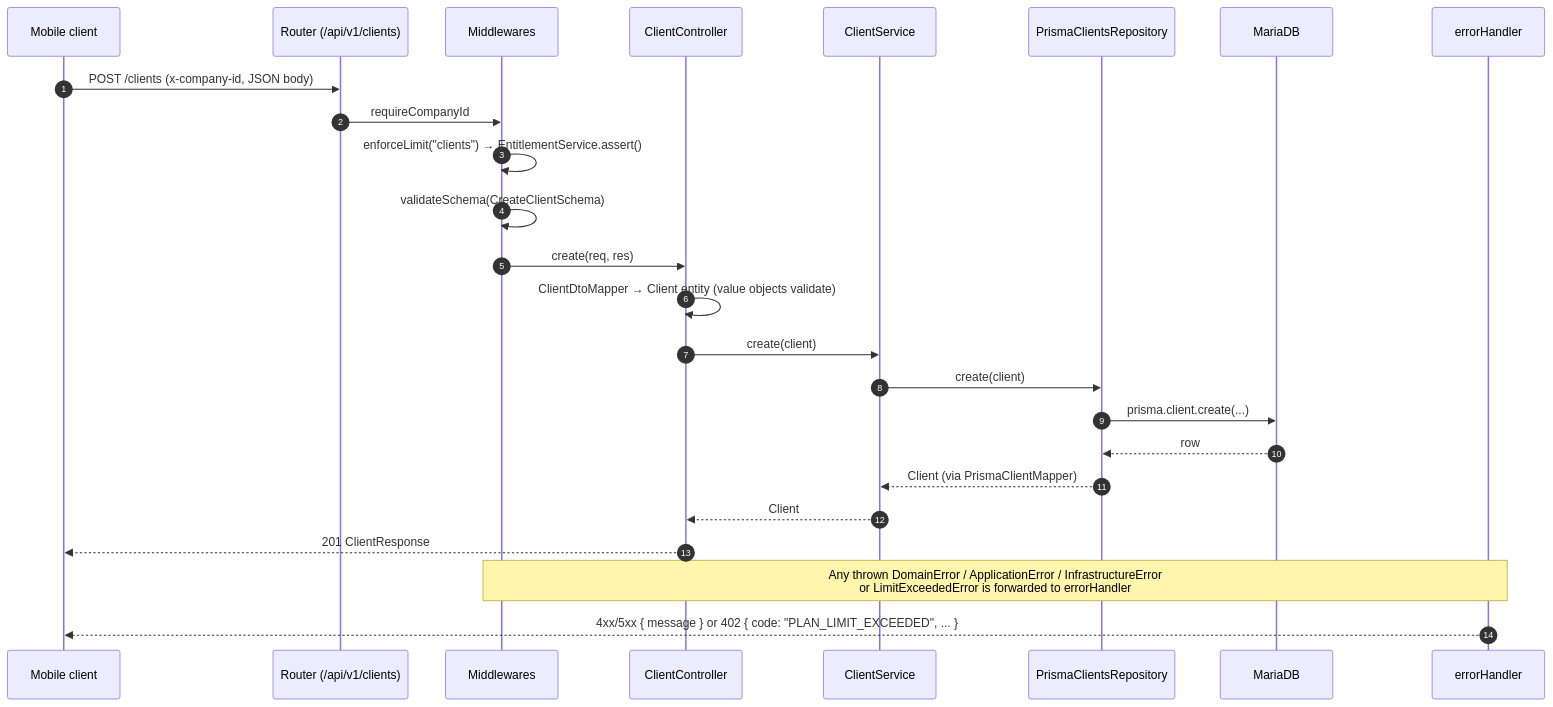
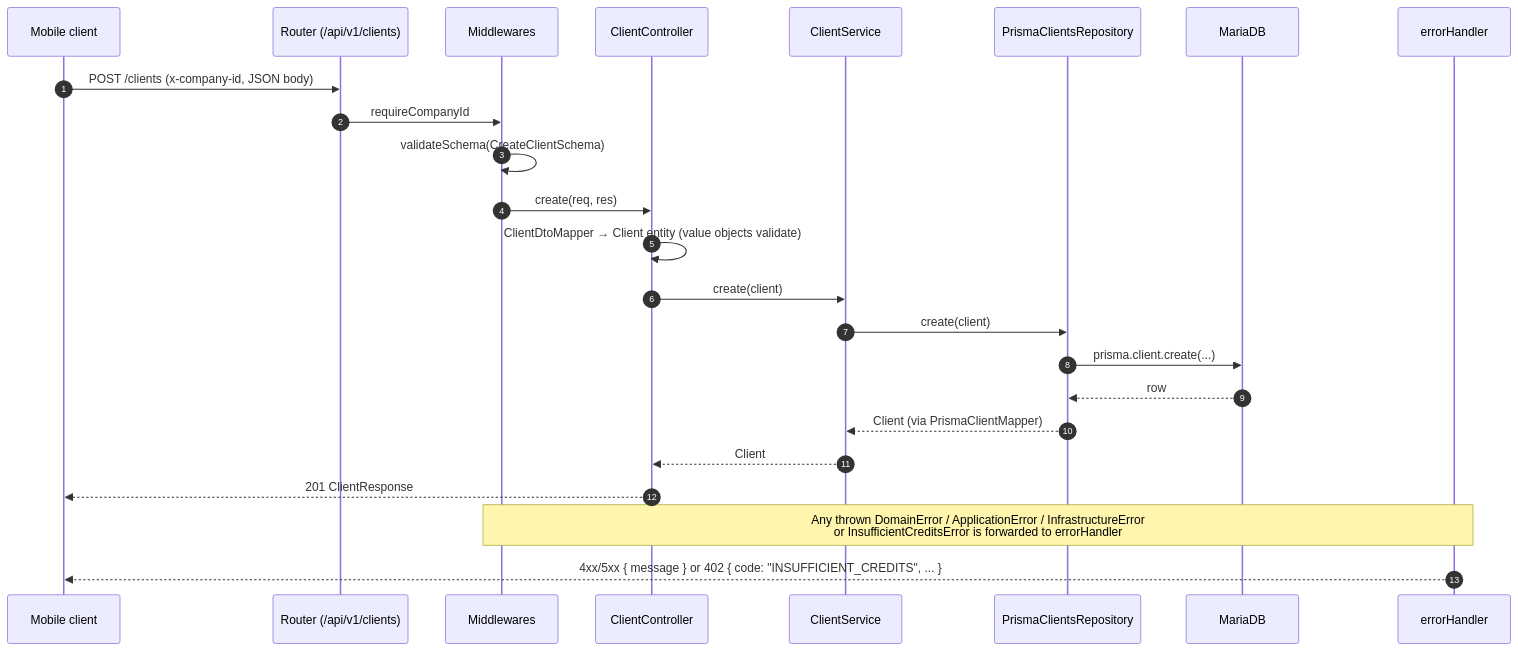
One commit to Santaval/delivo-api changed the second of 3 diagrams in docs/architecture.md. Above: the diagram before and after it, drawn with Mermaid. The commit also changed other lines of this file and 34 other files, not shown here.

First line of the commit message:
refactor(billing): remove subscription and plan-limit code, rewrite billing docs for credits

````diff
--- a/docs/architecture.md
+++ b/docs/architecture.md
@@ -47,28 +47,27 @@
 ```mermaid
 sequenceDiagram
     autonumber
     participant C as Mobile client
     participant R as Router (/api/v1/clients)
     participant MW as Middlewares
     participant CT as ClientController
     participant S as ClientService
     participant RP as PrismaClientsRepository
     participant DB as MariaDB
     participant EH as errorHandler
 
     C->>R: POST /clients  (x-company-id, JSON body)
     R->>MW: requireCompanyId
-    MW->>MW: enforceLimit("clients")  → EntitlementService.assert()
     MW->>MW: validateSchema(CreateClientSchema)
     MW->>CT: create(req, res)
     CT->>CT: ClientDtoMapper → Client entity (value objects validate)
     CT->>S: create(client)
     S->>RP: create(client)
     RP->>DB: prisma.client.create(...)
     DB-->>RP: row
     RP-->>S: Client (via PrismaClientMapper)
     S-->>CT: Client
     CT-->>C: 201 ClientResponse
-    Note over MW,EH: Any thrown DomainError / ApplicationError / InfrastructureError<br/>or LimitExceededError is forwarded to errorHandler
-    EH-->>C: 4xx/5xx { message }  or  402 { code: "PLAN_LIMIT_EXCEEDED", ... }
+    Note over MW,EH: Any thrown DomainError / ApplicationError / InfrastructureError<br/>or InsufficientCreditsError is forwarded to errorHandler
+    EH-->>C: 4xx/5xx { message }  or  402 { code: "INSUFFICIENT_CREDITS", ... }
 ```
````
